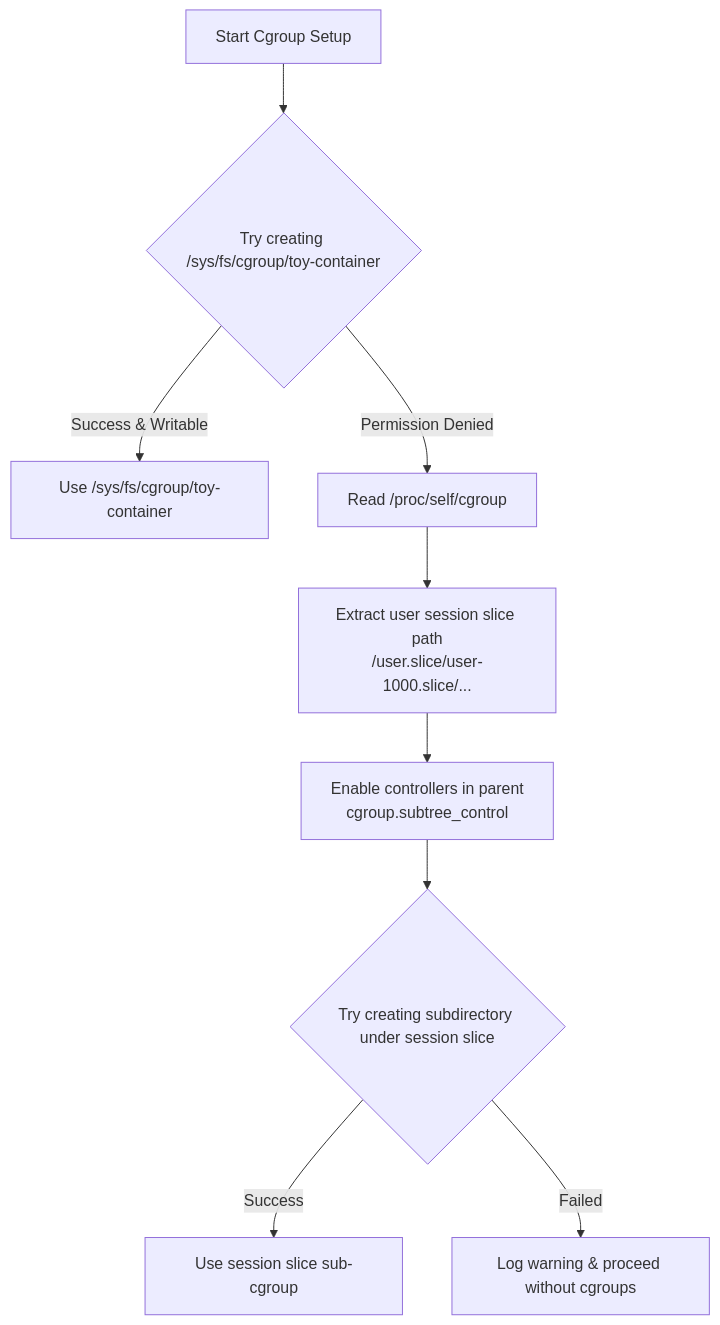
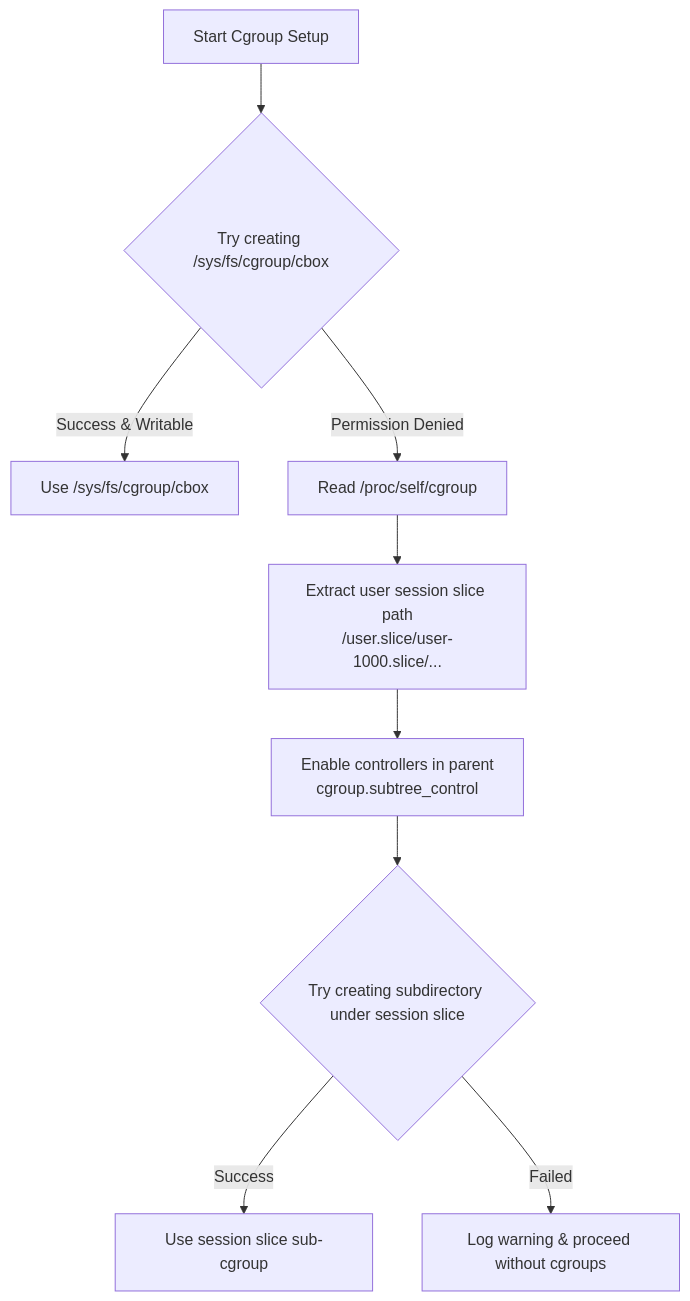
Before and after one commit to elvin-mark/cbox: the diagram in docs/04-cgroups-v2.md, drawn with Mermaid. The commit also changed other lines of this file and 16 other files, not shown here.

````diff
--- a/docs/04-cgroups-v2.md
+++ b/docs/04-cgroups-v2.md
@@ -72,11 +72,11 @@
 ```mermaid
 graph TD
-    A[Start Cgroup Setup] --> B{Try creating /sys/fs/cgroup/toy-container}
-    B -- Success & Writable --> C[Use /sys/fs/cgroup/toy-container]
+    A[Start Cgroup Setup] --> B{Try creating /sys/fs/cgroup/cbox}
+    B -- Success & Writable --> C[Use /sys/fs/cgroup/cbox]
     B -- Permission Denied --> D[Read /proc/self/cgroup]
     D --> E[Extract user session slice path<br>/user.slice/user-1000.slice/...]
     E --> F[Enable controllers in parent<br>cgroup.subtree_control]
     F --> G{Try creating subdirectory under session slice}
     G -- Success --> H[Use session slice sub-cgroup]
     G -- Failed --> I[Log warning & proceed without cgroups]
 ```
````
